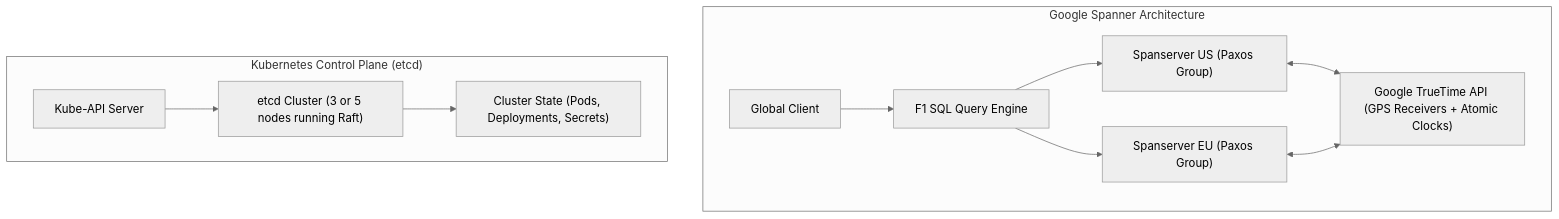
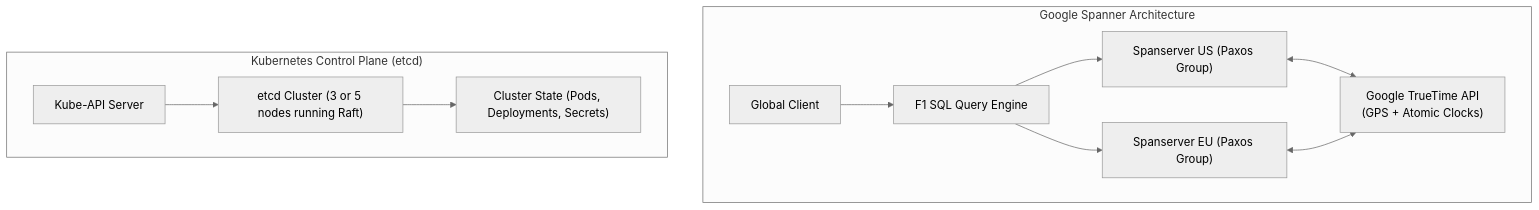
Before and after one commit to Sourav108/strivers-lld: the diagram in strivers-hld/10-Distributed-Systems/case-study.md, drawn with Mermaid (neutral theme). The commit also changed 39 other files, not shown here.

Commit message:
fix(mermaid): wrap node labels, simplify diamonds, and reformat wide diagrams for perfect GitHub rendering

````diff
--- a/strivers-hld/10-Distributed-Systems/case-study.md
+++ b/strivers-hld/10-Distributed-Systems/case-study.md
@@ -7,14 +7,14 @@
 ```mermaid
 flowchart TD
     subgraph Spanner["Google Spanner Architecture"]
         Client["Global Client"] --> F1["F1 SQL Query Engine"]
         F1 --> Spanserver1["Spanserver US (Paxos Group)"]
         F1 --> Spanserver2["Spanserver EU (Paxos Group)"]
-        Spanserver1 & Spanserver2 <--> TT["Google TrueTime API (GPS Receivers + Atomic Clocks)"]
+        Spanserver1 & Spanserver2 <--> TT["Google TrueTime API<br/>(GPS + Atomic Clocks)"]
     end
 
     subgraph K8s["Kubernetes Control Plane (etcd)"]
         K8s_API["Kube-API Server"] --> etcd["etcd Cluster (3 or 5 nodes running Raft)"]
         etcd --> State["Cluster State (Pods, Deployments, Secrets)"]
     end
 ```
````
